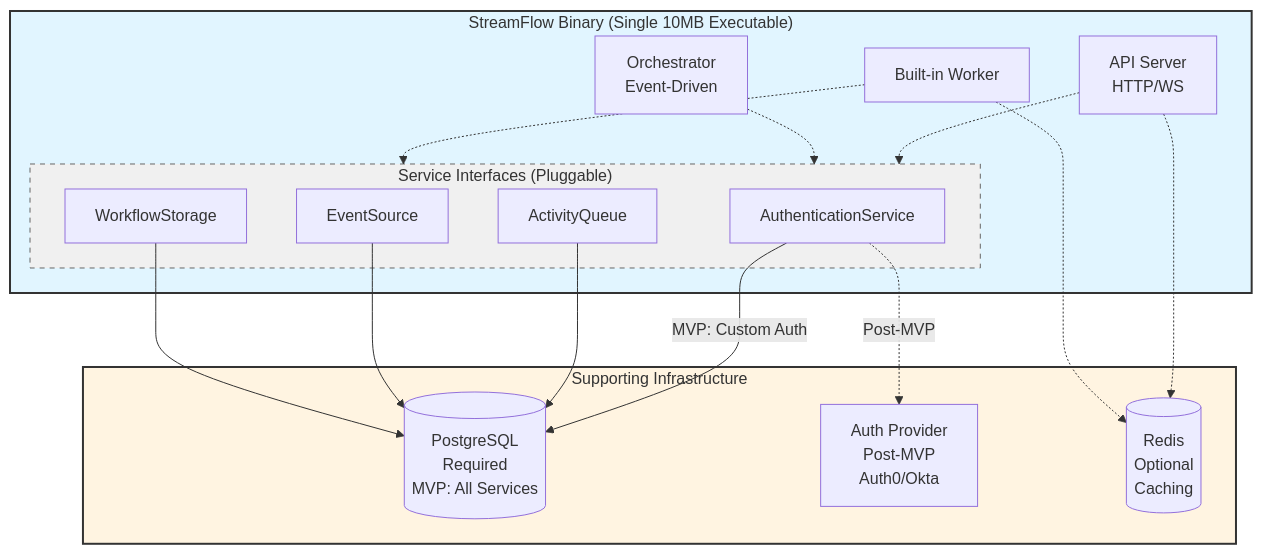
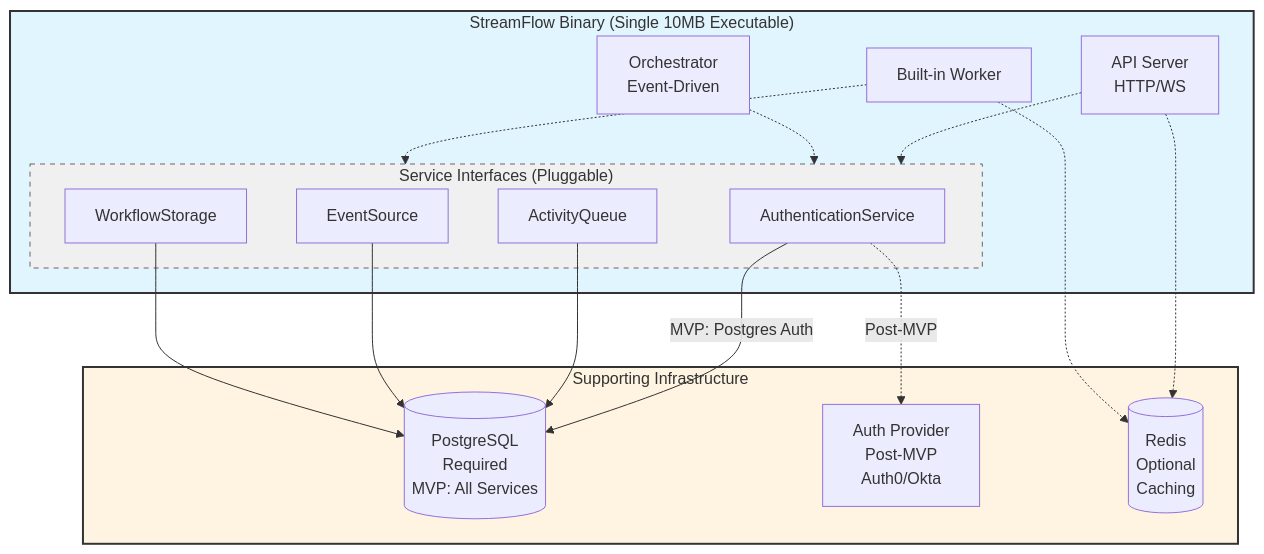
Before and after one commit to kruxia/kruxiaflow: the first of 4 diagrams in docs/architecture.md, drawn with Mermaid. The commit also changed other lines of this file, not shown here.

Commit message:
Postgres Auth

````diff
--- a/docs/architecture.md
+++ b/docs/architecture.md
@@ -36,42 +36,42 @@
 ```mermaid
 flowchart TB
     subgraph Binary["StreamFlow Binary (Single 10MB Executable)"]
         API[API Server<br/>HTTP/WS]
         Orch[Orchestrator<br/>Event-Driven]
         Worker[Built-in Worker]
 
         subgraph Interfaces["Service Interfaces (Pluggable)"]
             AuthSvc[AuthenticationService]
             QueueSvc[ActivityQueue]
             EventSvc[EventSource]
             StorageSvc[WorkflowStorage]
         end
     end
 
     subgraph Infra["Supporting Infrastructure"]
         PG[(PostgreSQL<br/>Required<br/>MVP: All Services)]
         Auth[Auth Provider<br/>Post-MVP<br/>Auth0/Okta]
         Redis[(Redis<br/>Optional<br/>Caching)]
     end
 
     API -.-> Interfaces
     Orch -.-> Interfaces
     Worker -.-> Interfaces
 
-    AuthSvc -->|MVP: Custom Auth| PG
+    AuthSvc -->|MVP: Postgres Auth| PG
     AuthSvc -.->|Post-MVP| Auth
     QueueSvc --> PG
     EventSvc --> PG
     StorageSvc --> PG
 
     API -.-> Redis
     Worker -.-> Redis
 
     classDef binary fill:#e1f5ff,stroke:#333,stroke-width:2px
     classDef infra fill:#fff4e1,stroke:#333,stroke-width:2px
     classDef interface fill:#f0f0f0,stroke:#666,stroke-dasharray: 5 5
 
     class Binary binary
     class Infra infra
     class Interfaces interface
 ```
````
